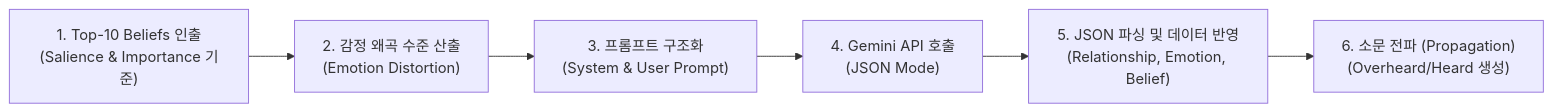
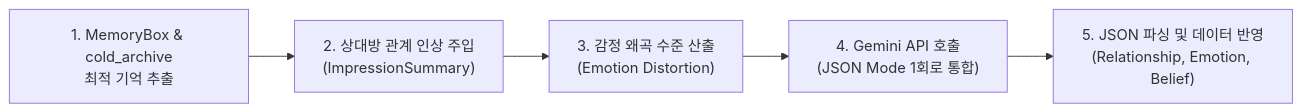
One commit to jin20203458/MundusVivens changed the second of 2 diagrams in docs/02_agent_design.md. Above: the diagram before and after it, drawn with Mermaid. The commit also changed other lines of this file and 7 other files, not shown here.

````diff
--- a/docs/02_agent_design.md
+++ b/docs/02_agent_design.md
@@ -115,8 +134,7 @@
 ```mermaid
 flowchart LR
-    A["1. Top-10 Beliefs 인출<br/>(Salience & Importance 기준)"] --> B["2. 감정 왜곡 수준 산출<br/>(Emotion Distortion)"]
-    B --> C["3. 프롬프트 구조화<br/>(System & User Prompt)"]
-    C --> D["4. Gemini API 호출<br/>(JSON Mode)"]
+    A["1. MemoryBox & cold_archive<br/>최적 기억 추출"] --> B["2. 상대방 관계 인상 주입<br/>(ImpressionSummary)"]
+    B --> C["3. 감정 왜곡 수준 산출<br/>(Emotion Distortion)"]
+    C --> D["4. Gemini API 호출<br/>(JSON Mode 1회로 통합)"]
     D --> E["5. JSON 파싱 및 데이터 반영<br/>(Relationship, Emotion, Belief)"]
-    E --> F["6. 소문 전파 (Propagation)<br/>(Overheard/Heard 생성)"]
 ```
````
